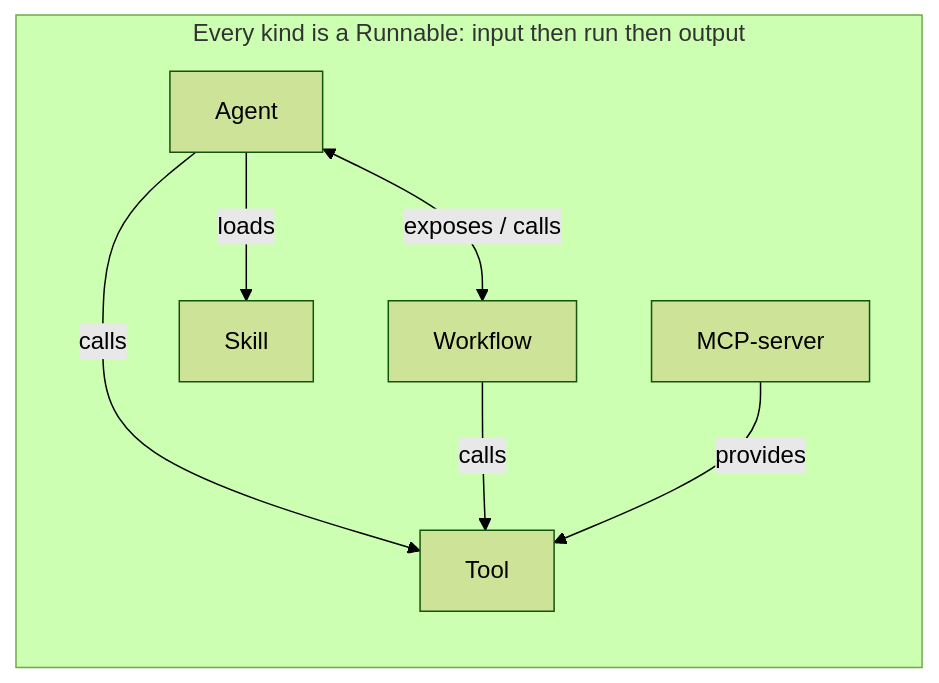
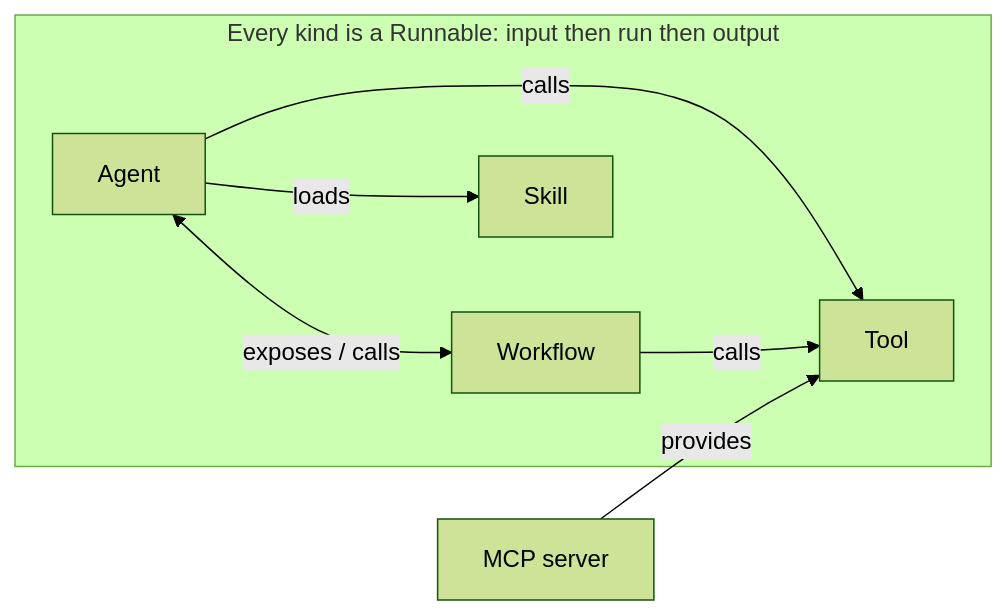
The diagram in content/docs/learn/academy/builder/runnables.mdx (amajorai/ryu-docs), drawn with Mermaid (forest theme) before and after one commit. The commit also changed other lines of this file and 2538 other files, not shown here.

````diff
--- a/content/docs/learn/academy/builder/runnables.mdx
+++ b/content/docs/learn/academy/builder/runnables.mdx
@@ -30,15 +29,15 @@
 ```mermaid
 flowchart LR
   subgraph R [Every kind is a Runnable: input then run then output]
     Agent
     Workflow
     Tool
     Skill
-    MCP[MCP-server]
   end
+  MCP[MCP server]
   Agent <-->|exposes / calls| Workflow
   Agent -->|calls| Tool
   Agent -->|loads| Skill
   Workflow -->|calls| Tool
   MCP -->|provides| Tool
 ```
````
